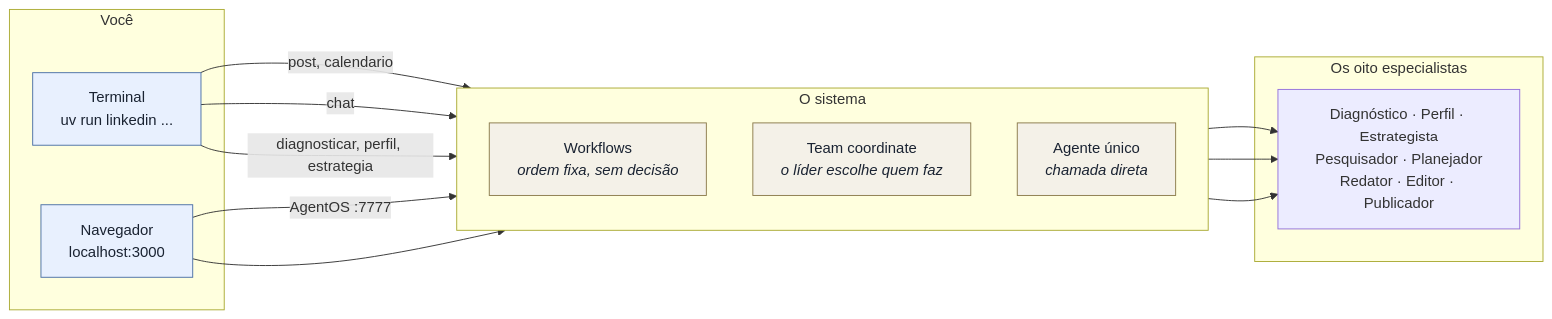
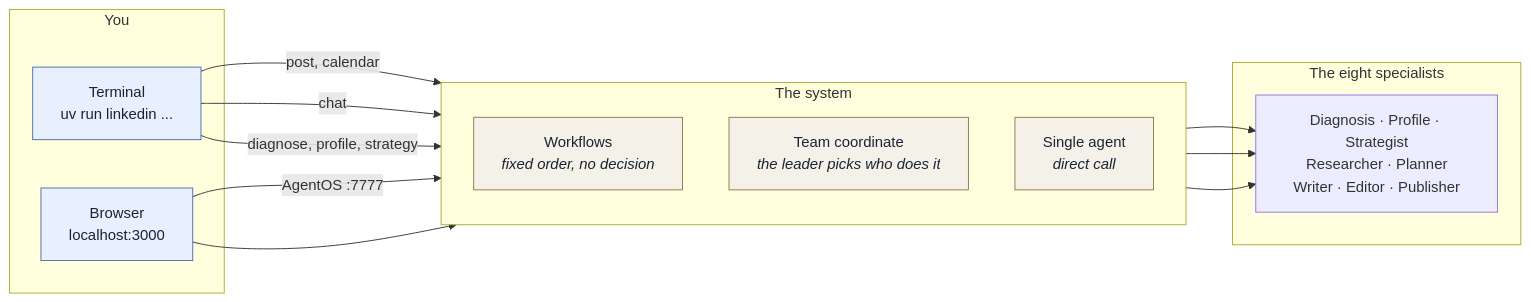
The third of 5 diagrams in docs/mindmap.md (gabrantoniette/linkedin-growth-agents), drawn with Mermaid before and after one commit. The commit also changed other lines of this file and 48 other files, not shown here.

````diff
--- a/docs/mindmap.md
+++ b/docs/mindmap.md
@@ -151,33 +151,33 @@
 ```mermaid
 flowchart LR
-    subgraph VOCE["Você"]
+    subgraph YOU["You"]
         CLI["Terminal<br/>uv run linkedin ..."]
-        WEB["Navegador<br/>localhost:3000"]
+        WEB["Browser<br/>localhost:3000"]
     end
 
-    subgraph SIST["O sistema"]
+    subgraph SYS["The system"]
         direction TB
-        WF["Workflows<br/><i>ordem fixa, sem decisão</i>"]
-        TEAM["Team coordinate<br/><i>o líder escolhe quem faz</i>"]
-        AG["Agente único<br/><i>chamada direta</i>"]
+        WF["Workflows<br/><i>fixed order, no decision</i>"]
+        TEAM["Team coordinate<br/><i>the leader picks who does it</i>"]
+        AG["Single agent<br/><i>direct call</i>"]
     end
 
-    subgraph EXEC["Os oito especialistas"]
-        A8["Diagnóstico · Perfil · Estrategista<br/>Pesquisador · Planejador<br/>Redator · Editor · Publicador"]
+    subgraph EXEC["The eight specialists"]
+        A8["Diagnosis · Profile · Strategist<br/>Researcher · Planner<br/>Writer · Editor · Publisher"]
     end
 
-    CLI -->|post, calendario| WF
+    CLI -->|post, calendar| WF
     CLI -->|chat| TEAM
-    CLI -->|diagnosticar, perfil, estrategia| AG
+    CLI -->|diagnose, profile, strategy| AG
     WEB -->|AgentOS :7777| TEAM
     WEB --> AG
 
     WF --> A8
     TEAM --> A8
     AG --> A8
 
-    classDef voce fill:#e8f0fe,stroke:#4a6fa5,color:#1a2332
-    classDef sist fill:#f4f1e8,stroke:#8a7a4a,color:#1a2332
-    class CLI,WEB voce
-    class WF,TEAM,AG sist
+    classDef you fill:#e8f0fe,stroke:#4a6fa5,color:#1a2332
+    classDef sys fill:#f4f1e8,stroke:#8a7a4a,color:#1a2332
+    class CLI,WEB you
+    class WF,TEAM,AG sys
 ```
````
